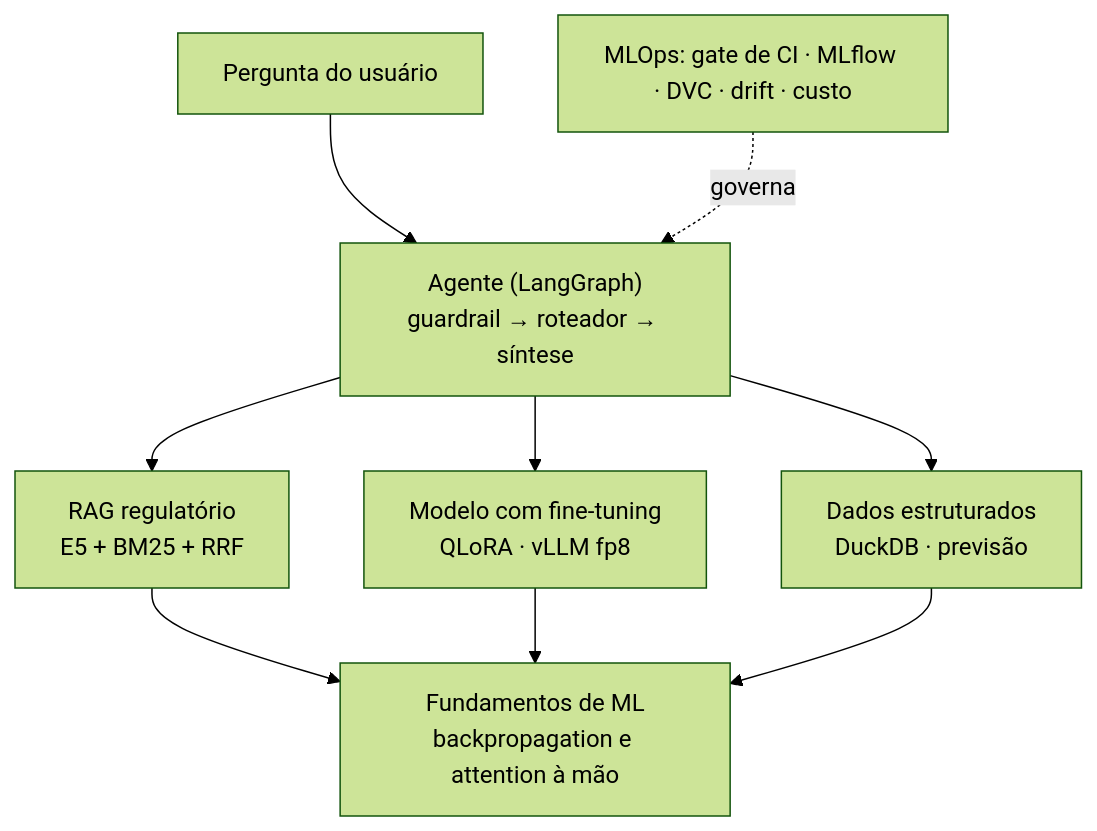
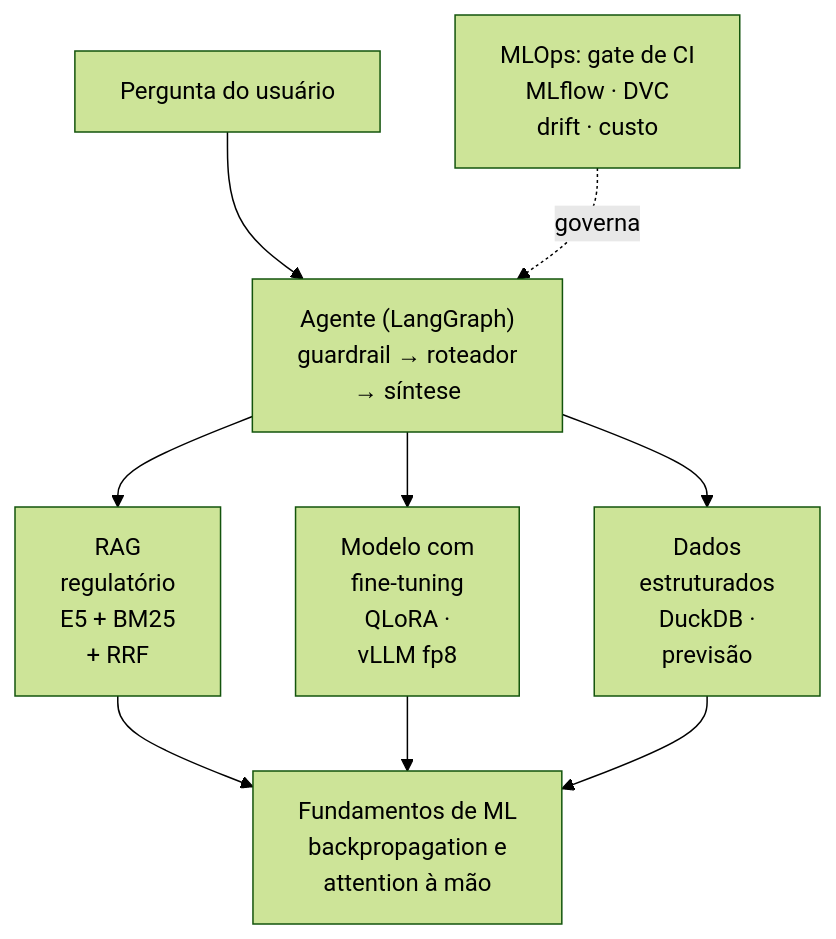
The second of 2 diagrams in README.md (alanjoffre/portfolio), drawn with Mermaid (forest theme) before and after one commit. The commit also changed other lines of this file and 24 other files, not shown here.

````diff
--- a/README.md
+++ b/README.md
@@ -61,9 +79,9 @@
 ```mermaid
 flowchart TB
-  Q["Pergunta do usuário"] --> AG["Agente (LangGraph)<br/>guardrail → roteador → síntese"]
-  AG --> RAG["RAG regulatório<br/>E5 + BM25 + RRF"]
-  AG --> FT["Modelo com fine-tuning<br/>QLoRA · vLLM fp8"]
-  AG --> DADOS["Dados estruturados<br/>DuckDB · previsão"]
-  RAG & FT & DADOS --> BASE["Fundamentos de ML<br/>backpropagation e attention à mão"]
-  MLOPS["MLOps: gate de CI · MLflow · DVC · drift · custo"] -.->|governa| AG
+  Q["Pergunta do usuário"] --> AG["Agente (LangGraph)<br/>guardrail → roteador<br/>→ síntese"]
+  AG --> RAG["RAG<br/>regulatório<br/>E5 + BM25<br/>+ RRF"]
+  AG --> FT["Modelo com<br/>fine-tuning<br/>QLoRA ·<br/>vLLM fp8"]
+  AG --> DADOS["Dados<br/>estruturados<br/>DuckDB ·<br/>previsão"]
+  RAG & FT & DADOS --> BASE["Fundamentos de ML<br/>backpropagation e<br/>attention à mão"]
+  MLOPS["MLOps: gate de CI<br/>MLflow · DVC<br/>drift · custo"] -.->|governa| AG
 ```
````
